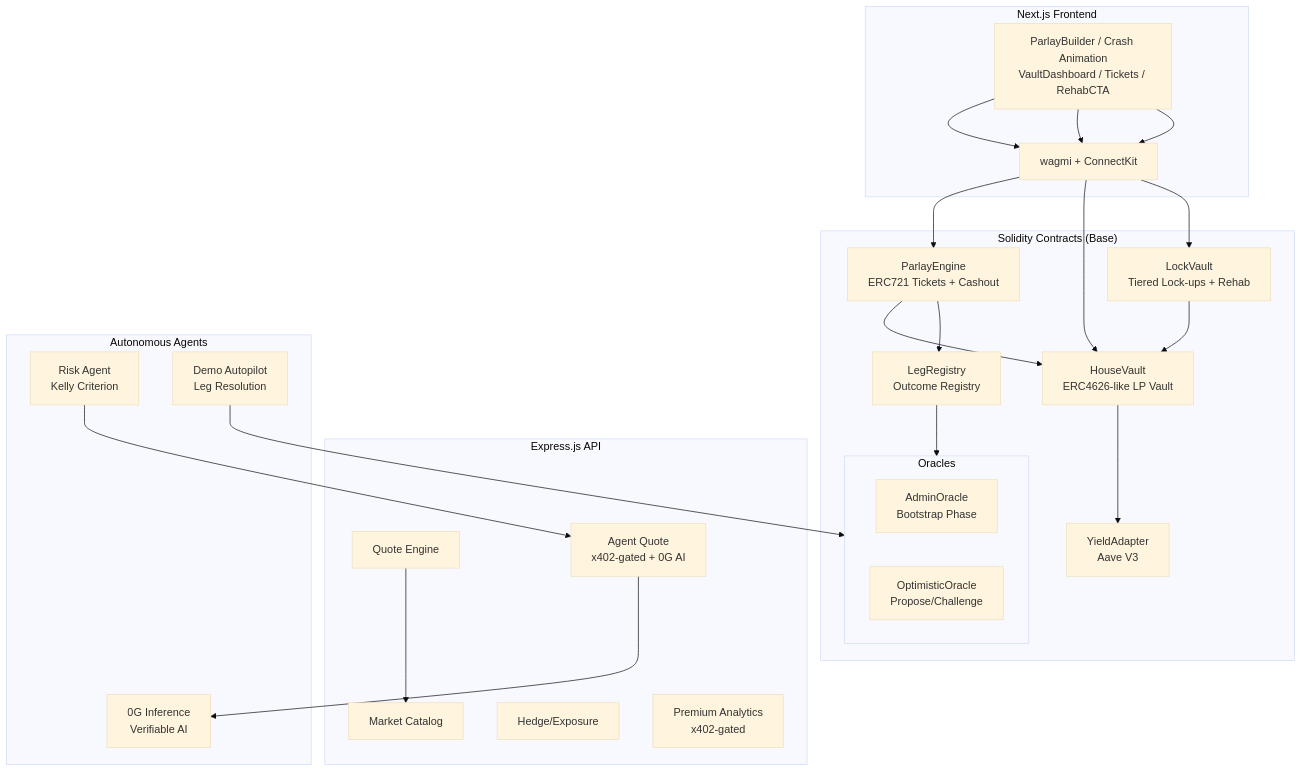
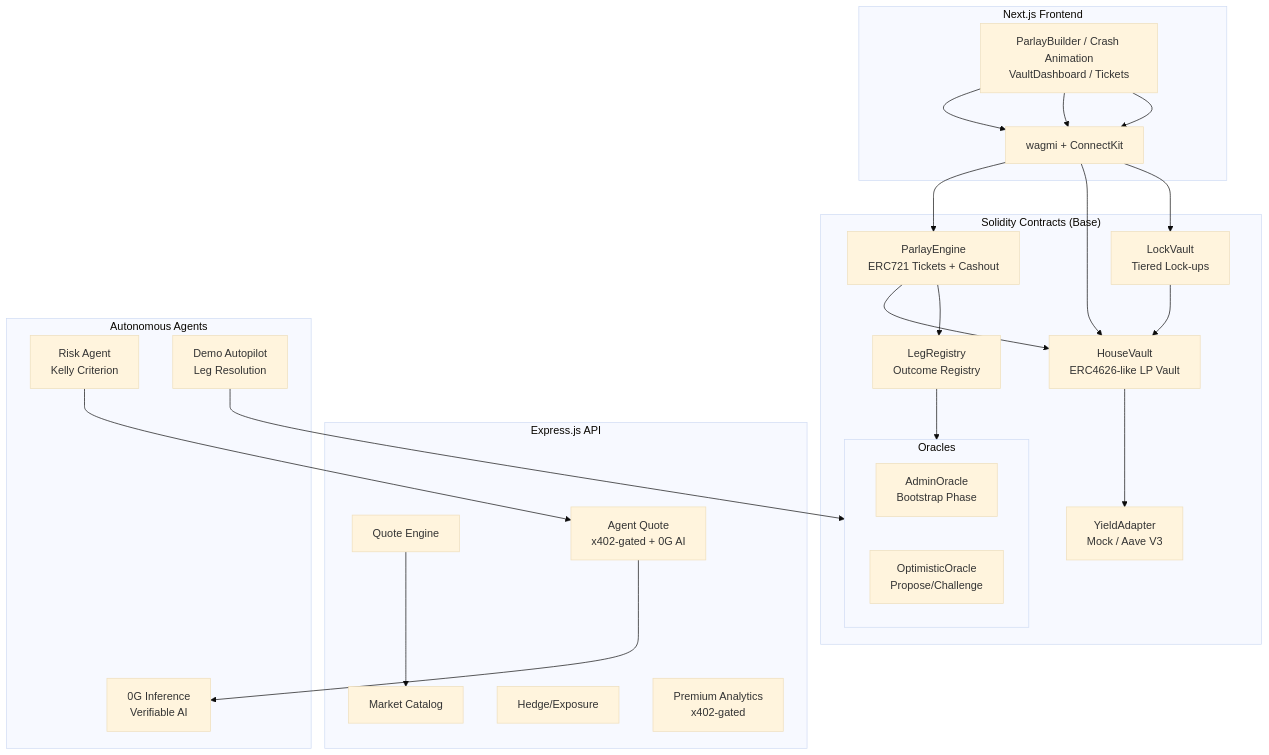
The third of 7 diagrams in README.md (roman-popenov/parlaycity), drawn with Mermaid (base theme) before and after one commit. The commit also changed other lines of this file, not shown here.

First line of the commit message:
Fix PR #27 review: arrow directions, cashout formula, rehab status

````diff
--- a/README.md
+++ b/README.md
@@ -87,47 +87,47 @@
 ```mermaid
 graph TB
     subgraph Frontend ["Next.js Frontend"]
-        UI[ParlayBuilder / Crash Animation<br/>VaultDashboard / Tickets / RehabCTA]
+        UI[ParlayBuilder / Crash Animation<br/>VaultDashboard / Tickets]
         WG[wagmi + ConnectKit]
     end
 
     subgraph Contracts ["Solidity Contracts (Base)"]
         PE[ParlayEngine<br/>ERC721 Tickets + Cashout]
         HV[HouseVault<br/>ERC4626-like LP Vault]
         LR[LegRegistry<br/>Outcome Registry]
-        LV[LockVault<br/>Tiered Lock-ups + Rehab]
-        YA[YieldAdapter<br/>Aave V3]
+        LV[LockVault<br/>Tiered Lock-ups]
+        YA[YieldAdapter<br/>Mock / Aave V3]
 
         subgraph Oracles
             AO[AdminOracle<br/>Bootstrap Phase]
             OO[OptimisticOracle<br/>Propose/Challenge]
         end
     end
 
     subgraph Services ["Express.js API"]
         QE[Quote Engine]
         MK[Market Catalog]
         HE[Hedge/Exposure]
         PM[Premium Analytics<br/>x402-gated]
         AQ[Agent Quote<br/>x402-gated + 0G AI]
     end
 
     subgraph Agents ["Autonomous Agents"]
         RA[Risk Agent<br/>Kelly Criterion]
         ZG[0G Inference<br/>Verifiable AI]
         AP[Demo Autopilot<br/>Leg Resolution]
     end
 
     UI --> WG --> PE
     UI --> WG --> HV
     UI --> WG --> LV
     PE --> HV
     PE --> LR
     LR --> Oracles
     HV --> YA
     LV --> HV
     QE --> MK
     RA --> AQ
     AQ --> ZG
     AP --> Oracles
 ```
````
